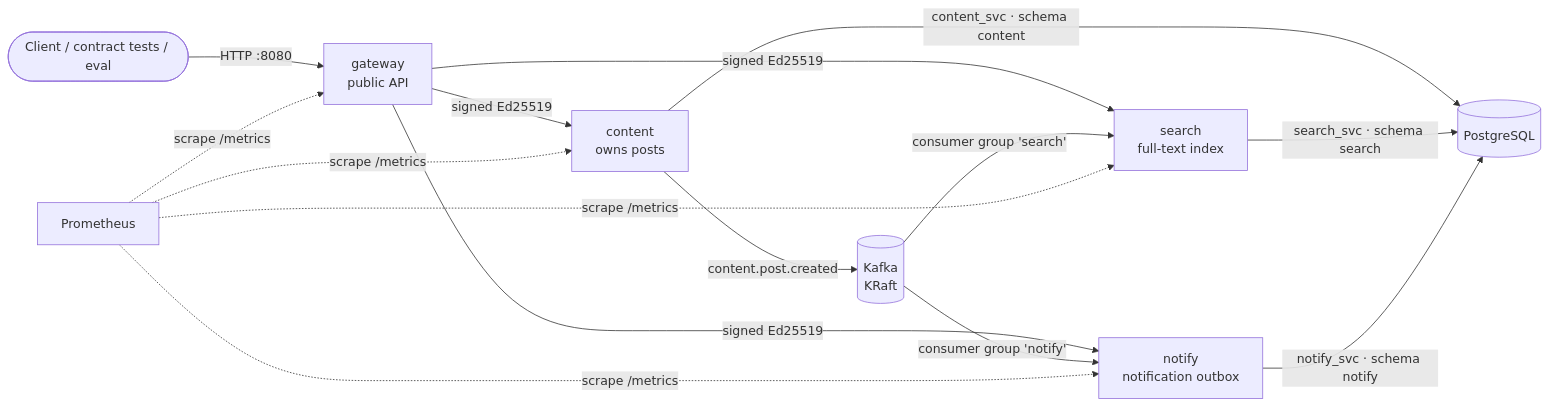
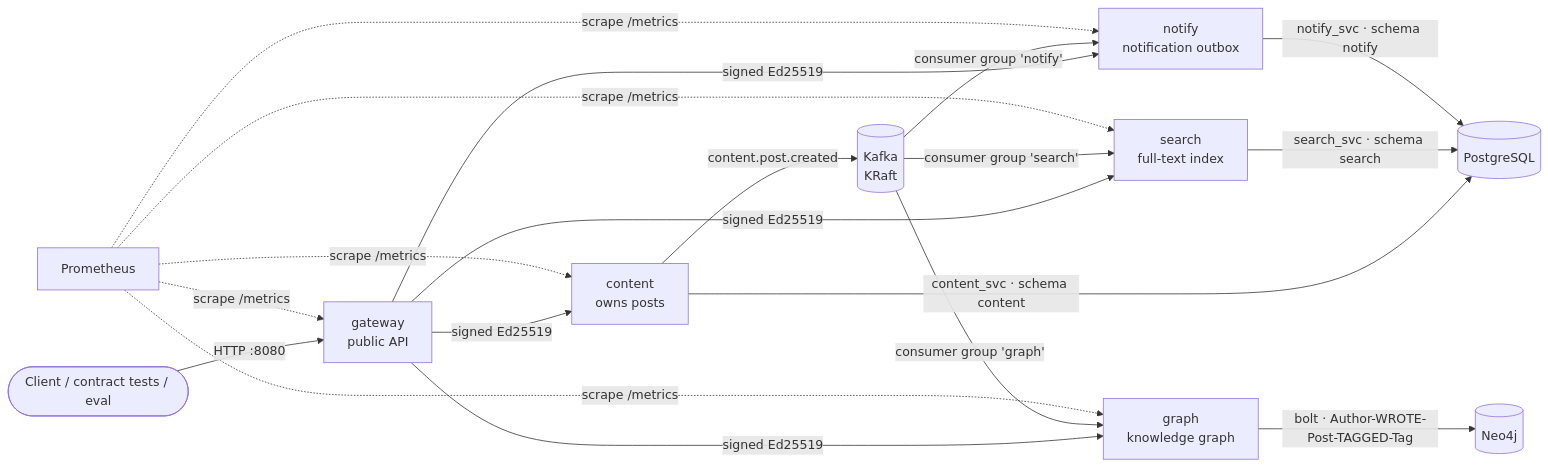
One commit to armdev/harness-template changed the fourth of 5 diagrams in docs/en/04-architecture.md. Above: the diagram before and after it, drawn with Mermaid. The commit also changed other lines of this file and 31 other files, not shown here.

First line of the commit message:
graph service: knowledge graph on Neo4j (harness 0.5.1)

````diff
--- a/docs/en/04-architecture.md
+++ b/docs/en/04-architecture.md
@@ -93,14 +93,17 @@
 ```mermaid
 flowchart LR
     client([Client / contract tests / eval]) -->|HTTP :8080| gw[gateway<br/>public API]
     gw -->|signed Ed25519| content[content<br/>owns posts]
     gw -->|signed Ed25519| search[search<br/>full-text index]
     gw -->|signed Ed25519| notify[notify<br/>notification outbox]
+    gw -->|signed Ed25519| kg[graph<br/>knowledge graph]
     content -->|content.post.created| kafka[(Kafka<br/>KRaft)]
     kafka -->|consumer group 'search'| search
     kafka -->|consumer group 'notify'| notify
+    kafka -->|consumer group 'graph'| kg
     content -->|content_svc · schema content| pg[(PostgreSQL)]
     search -->|search_svc · schema search| pg
     notify -->|notify_svc · schema notify| pg
-    prom[Prometheus] -.->|scrape /metrics| gw & content & search & notify
+    kg -->|bolt · Author-WROTE-Post-TAGGED-Tag| neo[(Neo4j)]
+    prom[Prometheus] -.->|scrape /metrics| gw & content & search & notify & kg
 ```
````
